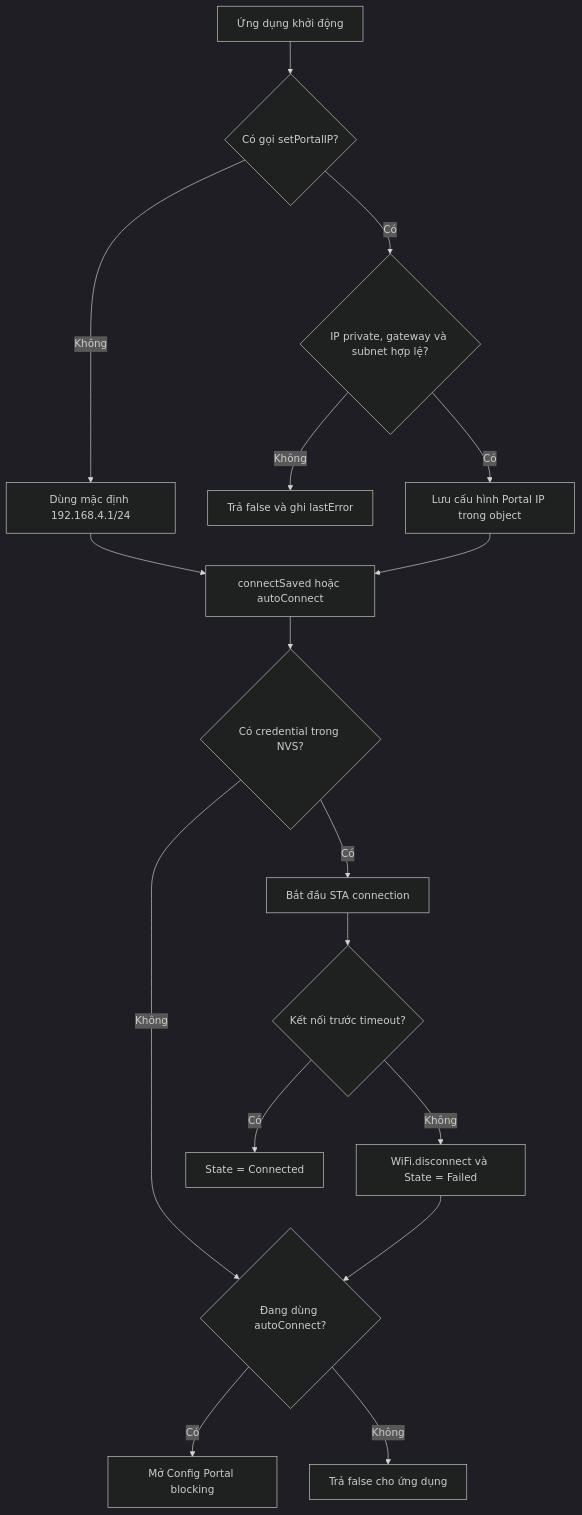
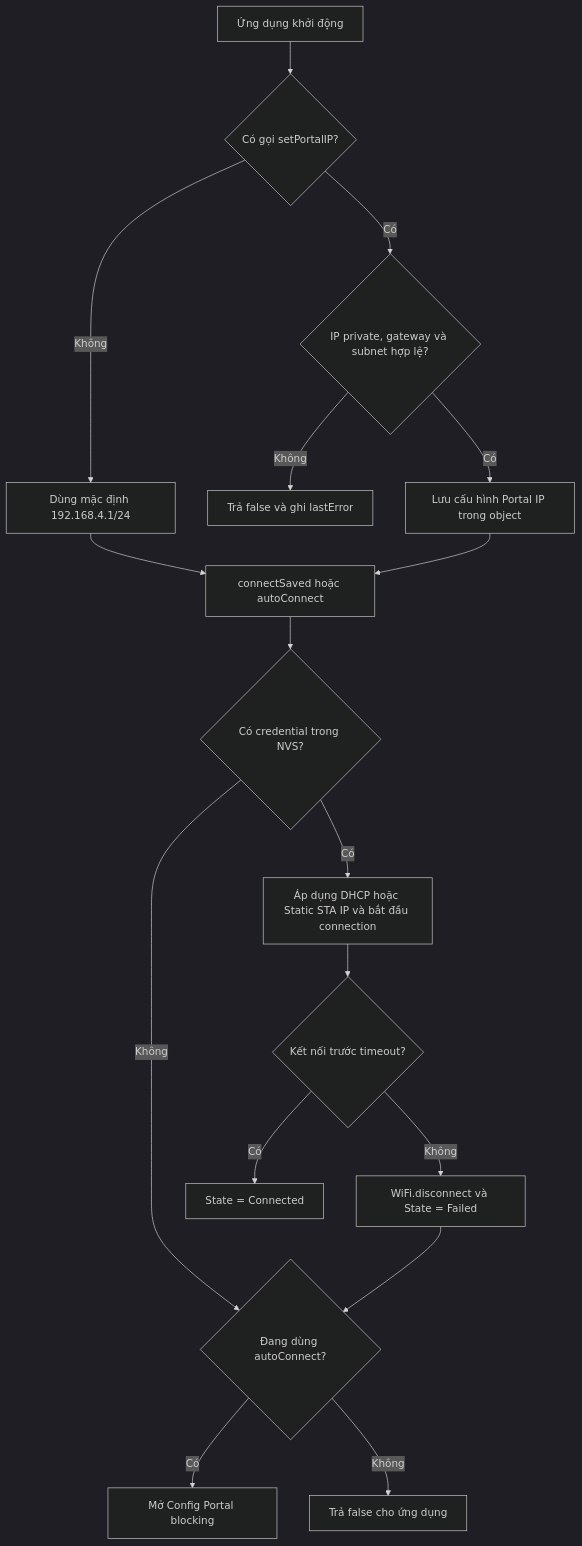
The second of 7 diagrams in docs/FlowChart.md (NguyenHien-8/ESP32WiFiPortal), drawn with Mermaid (dark theme) before and after one commit. The commit also changed other lines of this file and 12 other files, not shown here.

````diff
--- a/docs/FlowChart.md
+++ b/docs/FlowChart.md
@@ -8,19 +28,19 @@
 ```mermaid
 flowchart TD
     A[Ứng dụng khởi động] --> B{Có gọi setPortalIP?}
     B -- Không --> C[Dùng mặc định 192.168.4.1/24]
     B -- Có --> D{IP private, gateway và subnet hợp lệ?}
     D -- Không --> E[Trả false và ghi lastError]
     D -- Có --> F[Lưu cấu hình Portal IP trong object]
     C --> G[connectSaved hoặc autoConnect]
     F --> G
     G --> H{Có credential trong NVS?}
     H -- Không --> I{Đang dùng autoConnect?}
-    H -- Có --> J[Bắt đầu STA connection]
+    H -- Có --> J[Áp dụng DHCP hoặc Static STA IP và bắt đầu connection]
     J --> K{Kết nối trước timeout?}
     K -- Có --> L[State = Connected]
     K -- Không --> M[WiFi.disconnect và State = Failed]
     I -- Có --> N[Mở Config Portal blocking]
     I -- Không --> O[Trả false cho ứng dụng]
     M --> I
 ```
````
